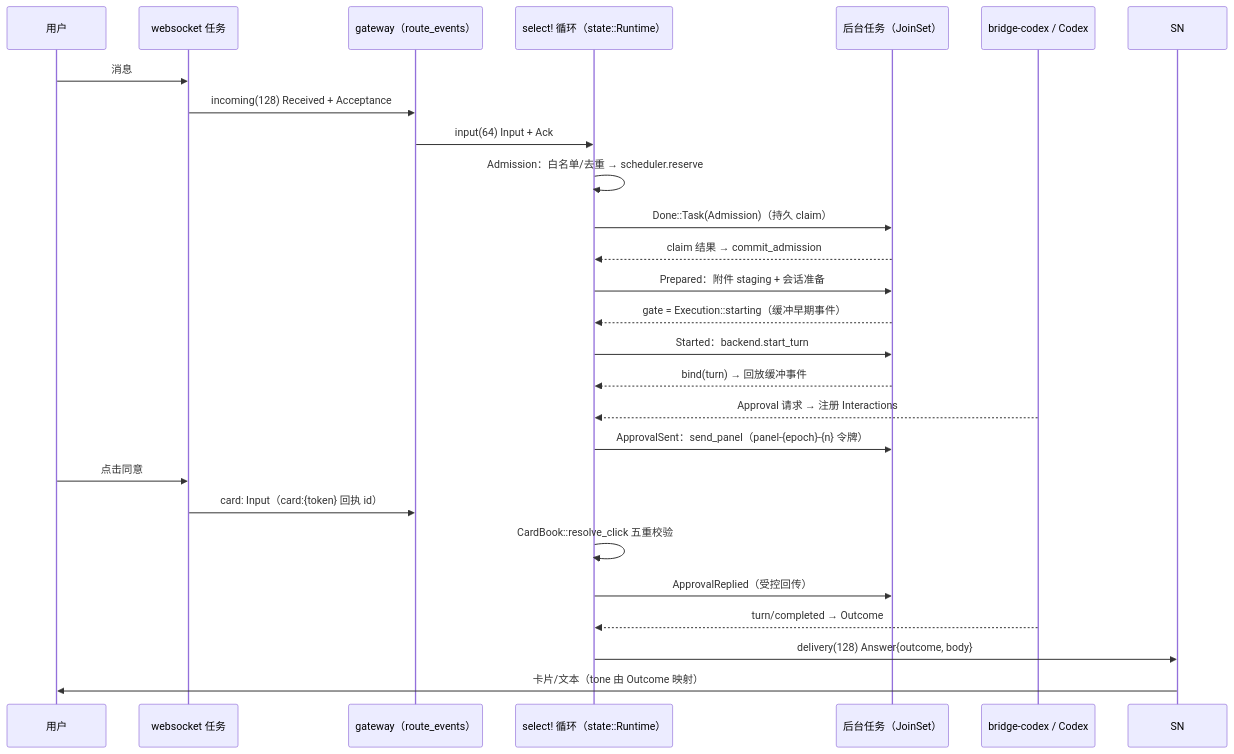
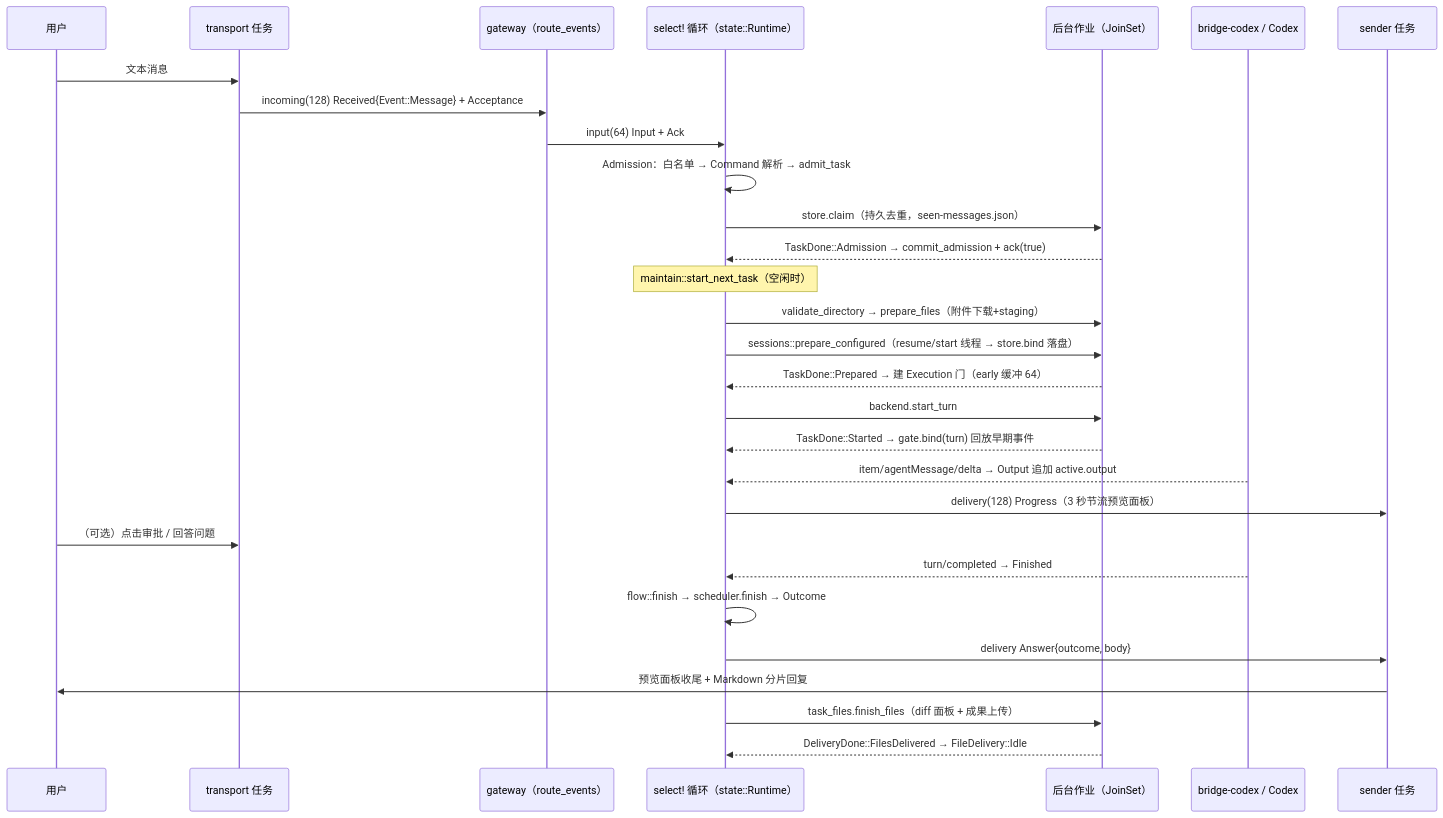
One commit to helloangus/feishu-codex-bridge changed the first of 13 diagrams in docs/runtime-flows.md. Above: the diagram before and after it, drawn with Mermaid. The commit also changed other lines of this file and 16 other files, not shown here.

````diff
--- a/docs/runtime-flows.md
+++ b/docs/runtime-flows.md
@@ -7,29 +7,32 @@
 ```mermaid
 sequenceDiagram
     participant U as 用户
-    participant WS as websocket 任务
+    participant WS as transport 任务
     participant GW as gateway（route_events）
     participant RT as select! 循环（state::Runtime）
-    participant JB as 后台任务（JoinSet）
+    participant JB as 后台作业（JoinSet）
     participant CX as bridge-codex / Codex
+    participant SN as sender 任务
 
-    U->>WS: 消息
-    WS->>GW: incoming(128) Received + Acceptance
+    U->>WS: 文本消息
+    WS->>GW: incoming(128) Received{Event::Message} + Acceptance
     GW->>RT: input(64) Input + Ack
-    RT->>RT: Admission：白名单/去重 → scheduler.reserve
-    RT->>JB: Done::Task(Admission)（持久 claim）
-    JB-->>RT: claim 结果 → commit_admission
-    RT->>JB: Prepared：附件 staging + 会话准备
-    JB-->>RT: gate = Execution::starting（缓冲早期事件）
-    RT->>JB: Started：backend.start_turn
-    JB-->>RT: bind(turn) → 回放缓冲事件
-    CX-->>RT: Approval 请求 → 注册 Interactions
-    RT->>JB: ApprovalSent：send_panel（panel-{epoch}-{n} 令牌）
-    U->>WS: 点击同意
-    WS->>GW: card: Input（card:{token} 回执 id）
-    RT->>RT: CardBook::resolve_click 五重校验
-    RT->>JB: ApprovalReplied（受控回传）
-    CX-->>RT: turn/completed → Outcome
-    RT->>SN: delivery(128) Answer{outcome, body}
-    SN->>U: 卡片/文本（tone 由 Outcome 映射）
+    RT->>RT: Admission：白名单 → Command 解析 → admit_task
+    RT->>JB: store.claim（持久去重，seen-messages.json）
+    JB-->>RT: TaskDone::Admission → commit_admission + ack(true)
+    Note over RT: maintain::start_next_task（空闲时）
+    RT->>JB: validate_directory → prepare_files（附件下载+staging）
+    RT->>JB: sessions::prepare_configured（resume/start 线程 → store.bind 落盘）
+    JB-->>RT: TaskDone::Prepared → 建 Execution 门（early 缓冲 64）
+    RT->>JB: backend.start_turn
+    JB-->>RT: TaskDone::Started → gate.bind(turn) 回放早期事件
+    CX-->>RT: item/agentMessage/delta → Output 追加 active.output
+    RT->>SN: delivery(128) Progress（3 秒节流预览面板）
+    U->>WS: （可选）点击审批 / 回答问题
+    CX-->>RT: turn/completed → Finished
+    RT->>RT: flow::finish → scheduler.finish → Outcome
+    RT->>SN: delivery Answer{outcome, body}
+    SN->>U: 预览面板收尾 + Markdown 分片回复
+    RT->>JB: task_files.finish_files（diff 面板 + 成果上传）
+    JB-->>RT: DeliveryDone::FilesDelivered → FileDelivery::Idle
 ```
````
